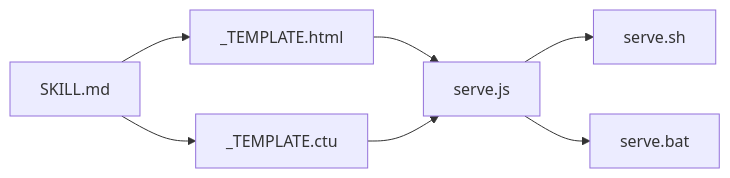
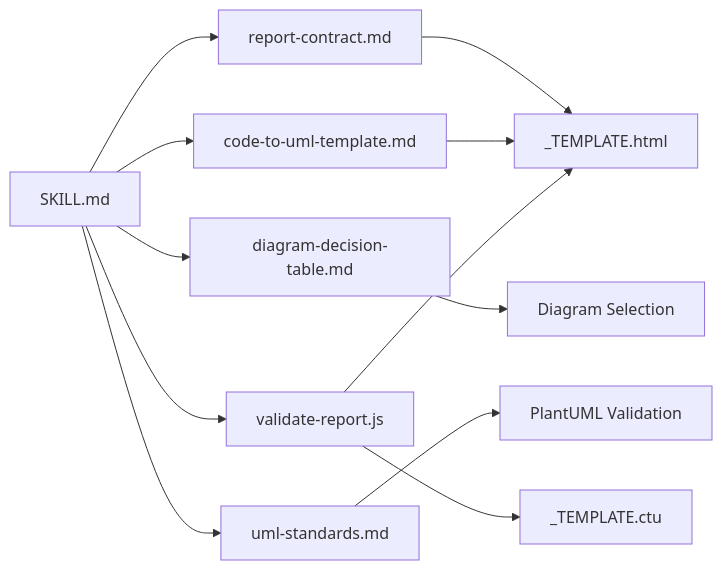
One commit to pingwurth/code-to-uml changed the third of 4 diagrams in .qoder/repowiki/en/content/AI Agent Integration/Skill Definition System.md. Above: the diagram before and after it, drawn with Mermaid. The commit also changed other lines of this file and 55 other files, not shown here.

````diff
--- a/.qoder/repowiki/en/content/AI Agent Integration/Skill Definition System.md
+++ b/.qoder/repowiki/en/content/AI Agent Integration/Skill Definition System.md
@@ -284,9 +262,14 @@
 ```mermaid
 graph LR
-Skill["SKILL.md"] --> HTML["_TEMPLATE.html"]
-Skill --> CTU["_TEMPLATE.ctu"]
-HTML --> Server["serve.js"]
-CTU --> Server
-Server --> OS1["serve.sh"]
-Server --> OS2["serve.bat"]
+Skill["SKILL.md"] --> Ref1["report-contract.md"]
+Skill --> Ref2["code-to-uml-template.md"]
+Skill --> Ref3["diagram-decision-table.md"]
+Skill --> Ref4["uml-standards.md"]
+Skill --> Validator["validate-report.js"]
+Ref1 --> HTML["_TEMPLATE.html"]
+Ref2 --> HTML
+Ref3 --> UMLRules["Diagram Selection"]
+Ref4 --> UMLValidation["PlantUML Validation"]
+Validator --> HTML
+Validator --> CTU["_TEMPLATE.ctu"]
 ```
````
